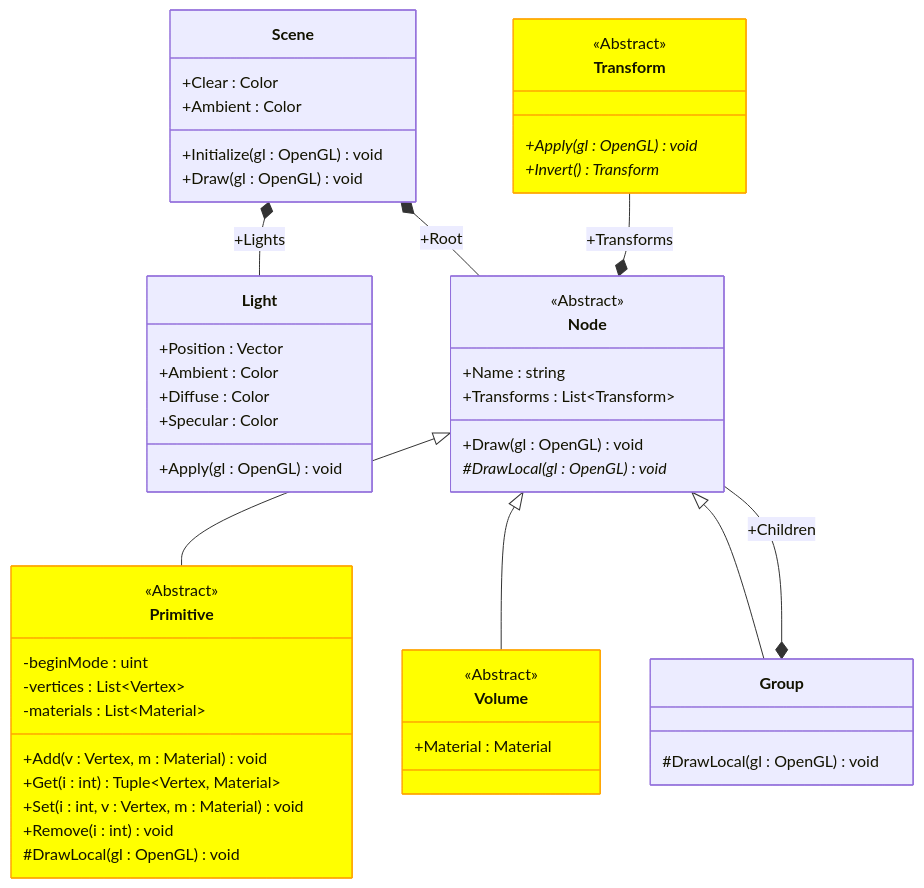
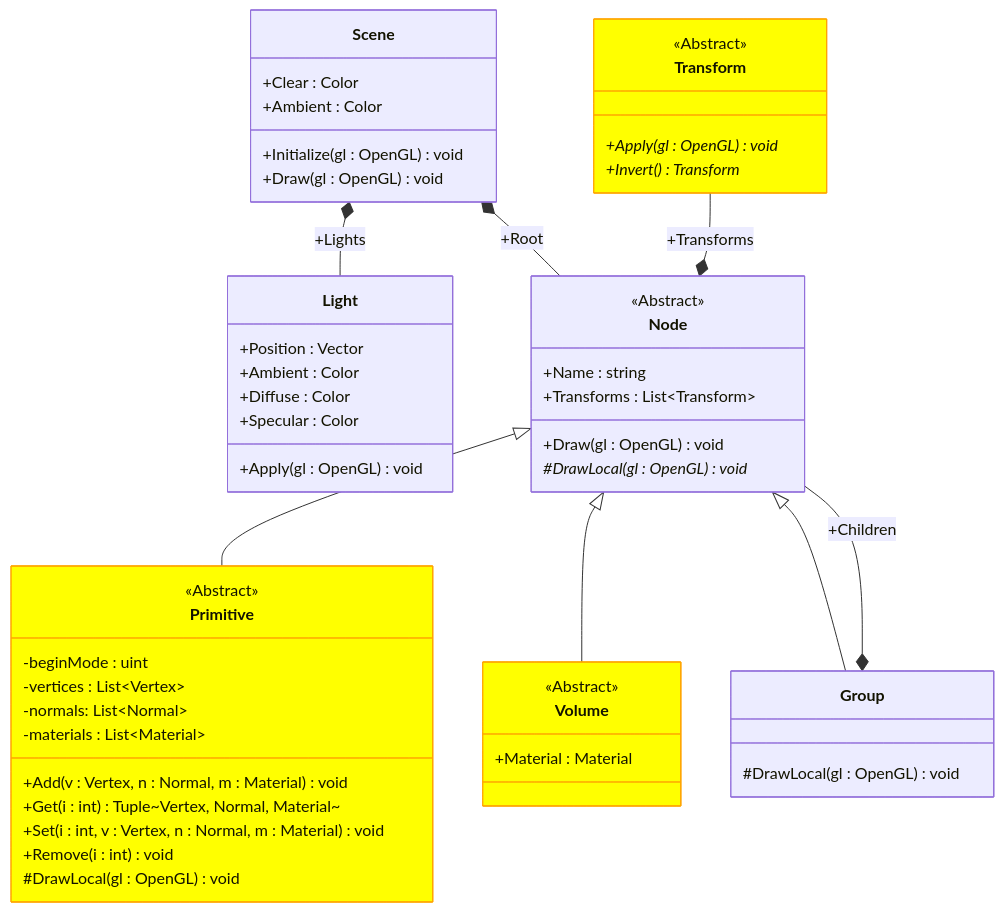
One commit to ghackenberg/kurs-computer-simulation changed the diagram in Quellen/WS25/VorlageSzenengraph3D/Model.Scene.mmd. Above: the diagram before and after it, drawn with Mermaid. The commit also changed 7 other files, not shown here.

Commit message:
update class diagrams

```diff
--- a/Quellen/WS25/VorlageSzenengraph3D/Model.Scene.mmd
+++ b/Quellen/WS25/VorlageSzenengraph3D/Model.Scene.mmd
@@ -1,66 +1,67 @@
 classDiagram
 
     class Scene {
         +Clear : Color
         +Ambient : Color
         +Initialize(gl : OpenGL) void
         +Draw(gl : OpenGL) void
     }
 
     class Transform {
         <<Abstract>>
         +Apply(gl : OpenGL) void*
         +Invert() Transform*
     }
 
     class Light {
         +Position : Vector
         +Ambient : Color
         +Diffuse : Color
         +Specular : Color
         +Apply(gl : OpenGL) void
     }
 
     class Node {
         <<Abstract>>
         +Name : string
         +Transforms : List~Transform~
         +Draw(gl : OpenGL) void
         #DrawLocal(gl : OpenGL) void*
     }
 
     class Primitive {
         <<Abstract>>
         -beginMode : uint
         -vertices : List~Vertex~
+        -normals: List~Normal~
         -materials : List~Material~
-        +Add(v : Vertex, m : Material) void
-        +Get(i : int) Tuple~Vertex, Material~
-        +Set(i : int, v : Vertex, m : Material) void
+        +Add(v : Vertex, n : Normal, m : Material) void
+        +Get(i : int) Tuple~Vertex, Normal, Material~
+        +Set(i : int, v : Vertex, n : Normal, m : Material) void
         +Remove(i : int) void
         #DrawLocal(gl : OpenGL) void
     }
 
     class Volume {
         <<Abstract>>
         +Material : Material
     }
 
     class Group {
         #DrawLocal(gl : OpenGL) void
     }
 
     Scene *-- Light: +Lights
     Scene *-- Node: +Root
 
     Transform --* Node : +Transforms
 
     Node <|-- Primitive
     Node <|-- Volume
     Node <|-- Group
 
     Node --* Group: +Children
 
     style Transform fill:yellow,stroke:orange
     style Primitive fill:yellow,stroke:orange
     style Volume fill:yellow,stroke:orange
```
